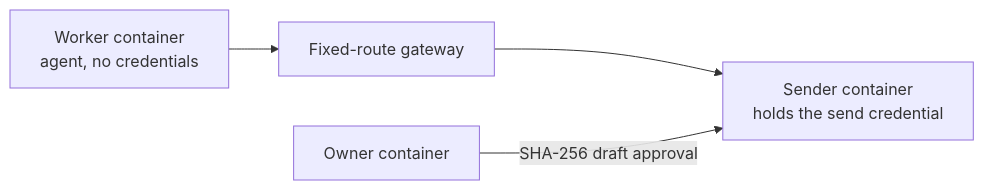
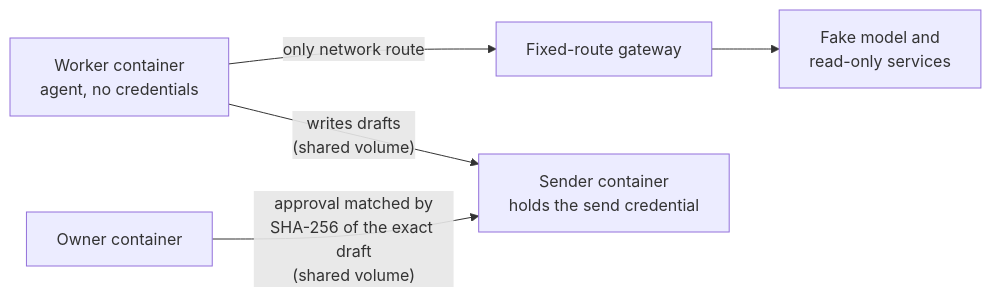
One commit to percyhendrux123-prog/send-lock-kit changed the diagram in README.md. Above: the diagram before and after it, drawn with Mermaid. The commit also changed other lines of this file, not shown here.

Commit message:
README: diagram matches compose (volumes, not gateway, to sender); scope the 14 to what the verdict records

````diff
--- a/README.md
+++ b/README.md
@@ -17,6 +17,7 @@
 ```mermaid
 flowchart LR
-    W[Worker container<br/>agent, no credentials] --> G[Fixed-route gateway]
-    G --> S[Sender container<br/>holds the send credential]
-    O[Owner container] -- "SHA-256 draft approval" --> S
+    W[Worker container<br/>agent, no credentials] -- "only network route" --> G[Fixed-route gateway]
+    G --> F[Fake model and<br/>read-only services]
+    W -- "writes drafts<br/>(shared volume)" --> S[Sender container<br/>holds the send credential]
+    O[Owner container] -- "approval matched by<br/>SHA-256 of the exact draft<br/>(shared volume)" --> S
 ```
````
